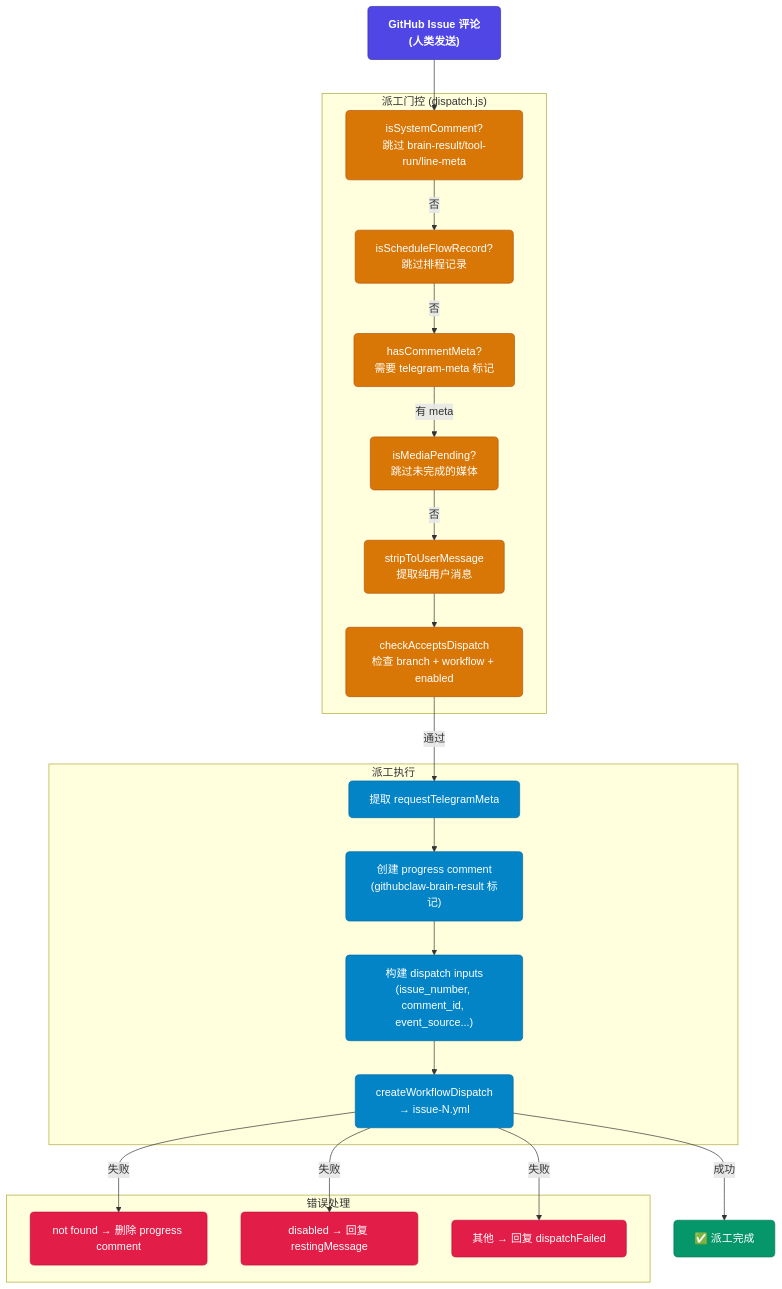
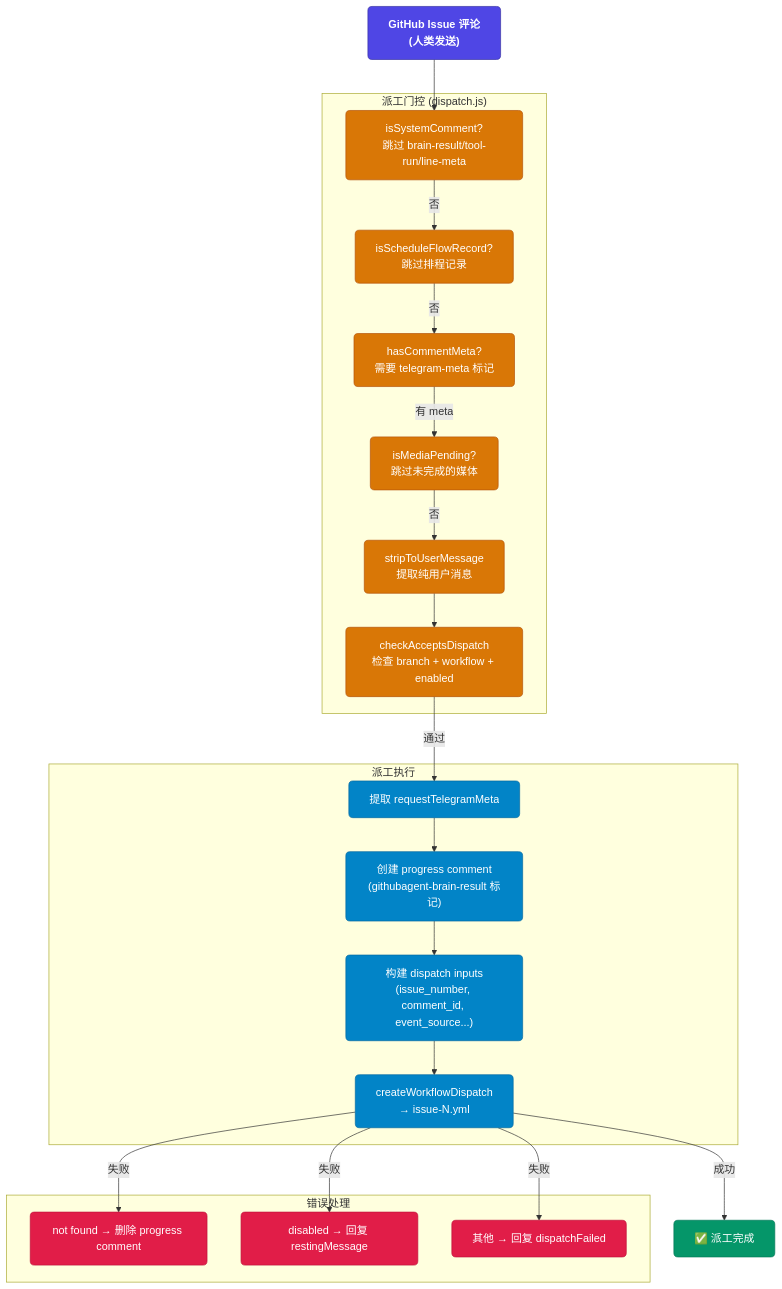
One commit to getfde-admin/myagent-core changed the fifth of 11 diagrams in src/ARCHITECTURE.md. Above: the diagram before and after it, drawn with Mermaid. The commit also changed other lines of this file and 66 other files, not shown here.

````diff
--- a/src/ARCHITECTURE.md
+++ b/src/ARCHITECTURE.md
@@ -295,37 +295,37 @@
 ```mermaid
 flowchart TB
     classDef input fill:#4f46e5,stroke:#3730a3,color:#fff,font-weight:bold,rx:6px
     classDef gate fill:#d97706,stroke:#b45309,color:#fff,rx:6px
     classDef exec fill:#0284c7,stroke:#0369a1,color:#fff,rx:6px
     classDef ok fill:#059669,stroke:#047857,color:#fff,rx:6px
     classDef err fill:#e11d48,stroke:#be123c,color:#fff,rx:6px
 
     COMMENT["GitHub Issue 评论<br/>(人类发送)"]:::input
 
     subgraph "派工门控 (dispatch.js)"
         G1["isSystemComment?<br/>跳过 brain-result/tool-run/line-meta"]:::gate
         G2["isScheduleFlowRecord?<br/>跳过排程记录"]:::gate
         G3["hasCommentMeta?<br/>需要 telegram-meta 标记"]:::gate
         G4["isMediaPending?<br/>跳过未完成的媒体"]:::gate
         G5["stripToUserMessage<br/>提取纯用户消息"]:::gate
         G6["checkAcceptsDispatch<br/>检查 branch + workflow + enabled"]:::gate
     end
 
     subgraph "派工执行"
         D1["提取 requestTelegramMeta"]:::exec
-        D2["创建 progress comment<br/>(githubclaw-brain-result 标记)"]:::exec
+        D2["创建 progress comment<br/>(githubagent-brain-result 标记)"]:::exec
         D3["构建 dispatch inputs<br/>(issue_number, comment_id, event_source...)"]:::exec
         D4["createWorkflowDispatch<br/>→ issue-N.yml"]:::exec
     end
 
     subgraph "错误处理"
         E1["not found → 删除 progress comment"]:::err
         E2["disabled → 回复 restingMessage"]:::err
         E3["其他 → 回复 dispatchFailed"]:::err
     end
 
     COMMENT --> G1 -->|否| G2 -->|否| G3 -->|有 meta| G4 -->|否| G5 --> G6
     G6 -->|通过| D1 --> D2 --> D3 --> D4
     D4 -->|成功| OK["✅ 派工完成"]:::ok
     D4 -->|失败| E1 & E2 & E3
 ```
````
